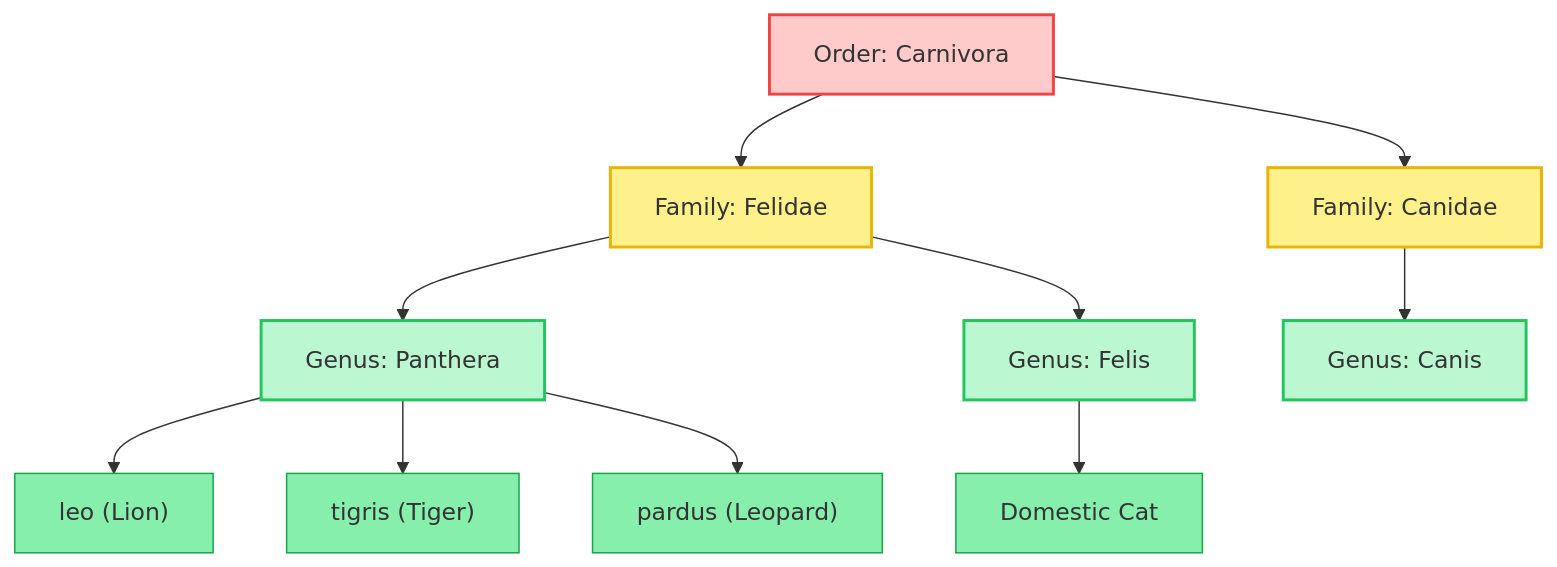
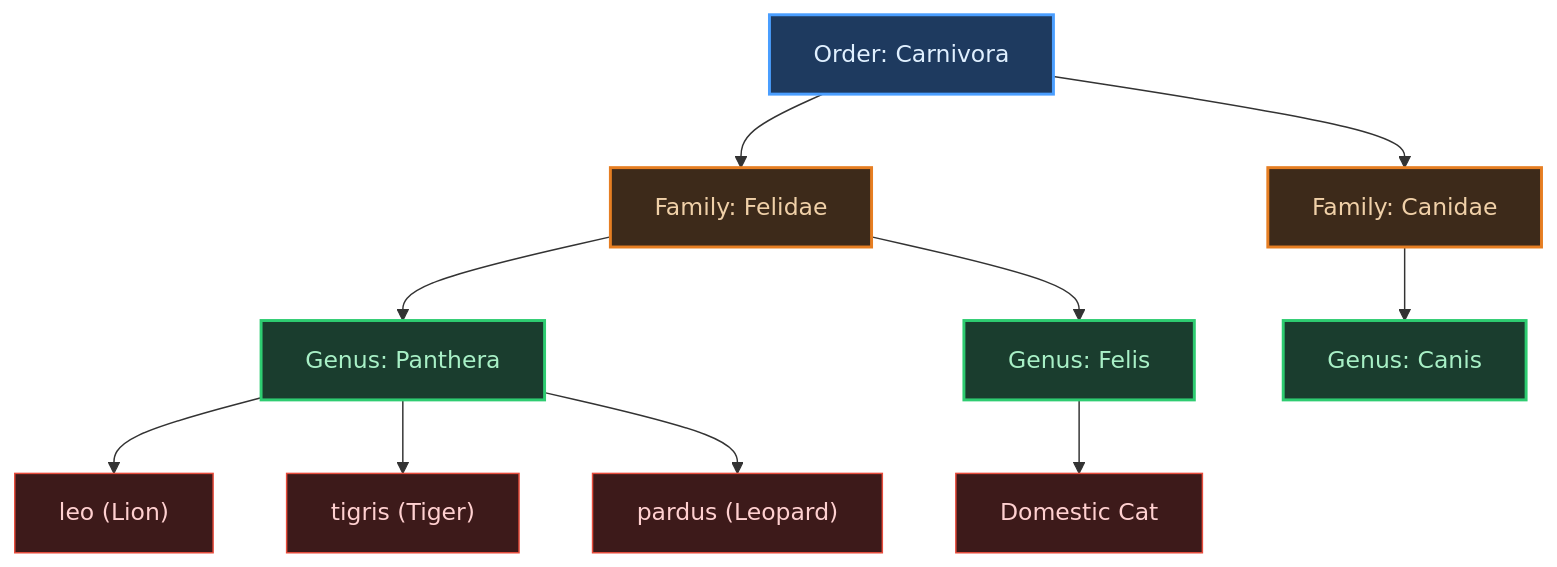
Before and after one commit to fsr-science/NoteBooks-Science-Legacy: the second of 2 diagrams in AI-NOTES/BIOLOGY/BIOLOGY01-THE_LIVING_WORLD/BIOLOGY01-THE_LIVING_WORLD-REVISION_MINDMAPS.md, drawn with Mermaid. The commit also changed other lines of this file and 3 other files, not shown here.

````diff
--- a/AI-NOTES/BIOLOGY/BIOLOGY01-THE_LIVING_WORLD/BIOLOGY01-THE_LIVING_WORLD-REVISION_MINDMAPS.md
+++ b/AI-NOTES/BIOLOGY/BIOLOGY01-THE_LIVING_WORLD/BIOLOGY01-THE_LIVING_WORLD-REVISION_MINDMAPS.md
@@ -86,25 +87,25 @@
 ```mermaid
 graph TD
     FelidaeFam["Family: Felidae"] --> Panthera["Genus: Panthera"]
     FelidaeFam --> Felis["Genus: Felis"]
     Panthera --> Lion["leo (Lion)"]
     Panthera --> Tiger["tigris (Tiger)"]
     Panthera --> Leopard["pardus (Leopard)"]
     Felis --> Cat["Domestic Cat"]
 
     CanidaeFam["Family: Canidae"] --> DogGenus["Genus: Canis"]
 
     Carnivora["Order: Carnivora"] --> FelidaeFam
     Carnivora --> CanidaeFam
 
-    style FelidaeFam fill:#fef08a,stroke:#eab308,stroke-width:2px
-    style CanidaeFam fill:#fef08a,stroke:#eab308,stroke-width:2px
-    style Panthera fill:#bbf7d0,stroke:#22c55e,stroke-width:2px
-    style Felis fill:#bbf7d0,stroke:#22c55e,stroke-width:2px
-    style DogGenus fill:#bbf7d0,stroke:#22c55e,stroke-width:2px
-    style Lion fill:#86efac,stroke:#16a34a,stroke-width:1px
-    style Tiger fill:#86efac,stroke:#16a34a,stroke-width:1px
-    style Leopard fill:#86efac,stroke:#16a34a,stroke-width:1px
-    style Cat fill:#86efac,stroke:#16a34a,stroke-width:1px
-    style Carnivora fill:#fecaca,stroke:#ef4444,stroke-width:2px
+    style FelidaeFam fill:#3d2a1a,color:#f0d0a8,stroke:#e67e22,stroke-width:2px
+    style CanidaeFam fill:#3d2a1a,color:#f0d0a8,stroke:#e67e22,stroke-width:2px
+    style Panthera fill:#1a3d2e,color:#a8f0c6,stroke:#2ecc71,stroke-width:2px
+    style Felis fill:#1a3d2e,color:#a8f0c6,stroke:#2ecc71,stroke-width:2px
+    style DogGenus fill:#1a3d2e,color:#a8f0c6,stroke:#2ecc71,stroke-width:2px
+    style Lion fill:#3d1a1a,color:#ffd0d0,stroke:#e74c3c,stroke-width:1px
+    style Tiger fill:#3d1a1a,color:#ffd0d0,stroke:#e74c3c,stroke-width:1px
+    style Leopard fill:#3d1a1a,color:#ffd0d0,stroke:#e74c3c,stroke-width:1px
+    style Cat fill:#3d1a1a,color:#ffd0d0,stroke:#e74c3c,stroke-width:1px
+    style Carnivora fill:#1e3a5f,color:#e0f0ff,stroke:#4a9eff,stroke-width:2px
 ```
````
